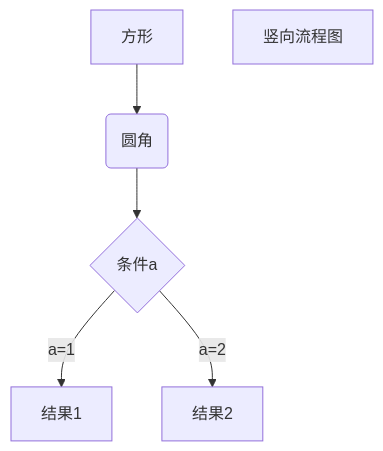
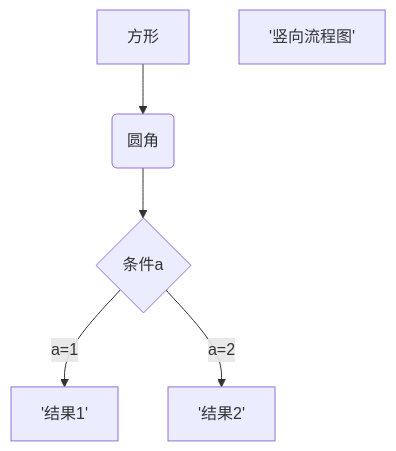
The second of 4 diagrams in markdown/3.流程图示例.md (Forgotten-wm/note), drawn with Mermaid before and after one commit. The commit also changed other lines of this file, not shown here.

Commit message:
修正

````diff
--- a/markdown/3.流程图示例.md
+++ b/markdown/3.流程图示例.md
@@ -14,8 +14,8 @@
 ```mermaid
 graph TD
-A[方形] --> B(圆角)
-    B --> C{条件a}
-    C --> |a=1| D[结果1]
-    C --> |a=2| E[结果2]
-    F[竖向流程图]
+A["方形"] --> B("圆角")
+    B --> C{"条件a"}
+    C --> |a=1| D['结果1']
+    C --> |a=2| E['结果2']
+    F['竖向流程图']
 ```
````
